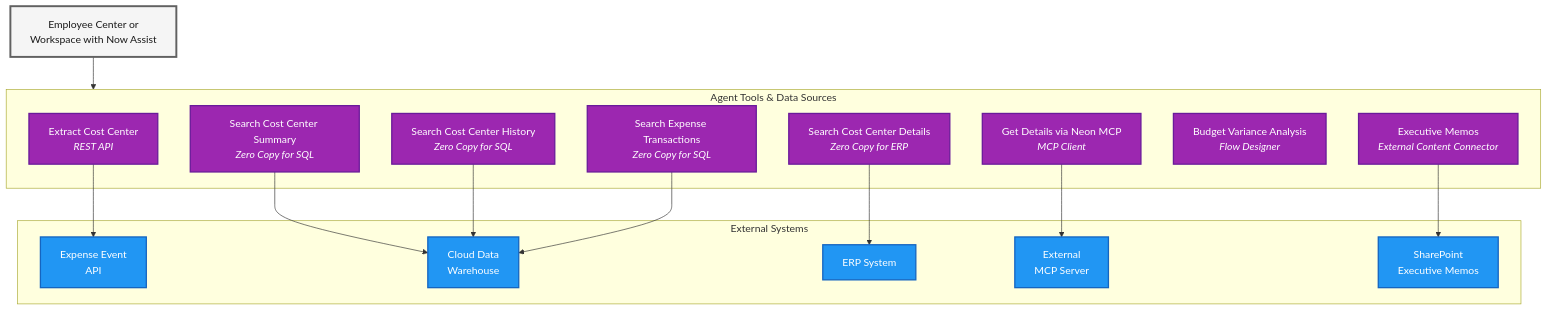
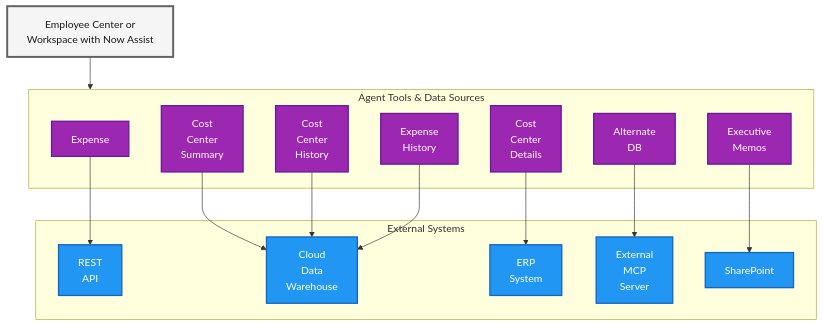
The diagram in README.md (leojacinto/WorkflowDataFabric-TypeB), drawn with Mermaid before and after one commit.

Commit message:
GITBOOK-47: No subject

````diff
--- a/README.md
+++ b/README.md
@@ -34,51 +34,49 @@
 ```mermaid
 graph TB
 
 
     EC[Employee Center or<br/>Workspace with Now Assist]
   
     subgraph TOOLS["Agent Tools & Data Sources"]
-        T1["Extract Cost Center<br/><i>REST API</i>"]
-        T2["Search Cost Center Details<br/><i>Zero Copy for ERP</i>"]
-        T3["Search Cost Center Summary<br/><i>Zero Copy for SQL</i>"]        
-        T4["Search Cost Center History<br/><i>Zero Copy for SQL</i>"]
-        T5["Search Expense Transactions<br/><i>Zero Copy for SQL</i>"]
-        T6["Get Details via Neon MCP<br/><i>MCP Client</i>"]
-        T7["Budget Variance Analysis<br/><i>Flow Designer</i>"]
-        T8["Executive Memos<br/><i>External Content Connector</i>"]
+        T1["Expense<br/>"]
+        T2["Cost<br/>Center<br/>Details"]
+        T3["Cost<br/>Center<br/>Summary"]        
+        T4["Cost<br/>Center<br/>History"]
+        T5["Expense<br/>History"]
+        T6["Alternate<br/>DB"]
+        T7["Executive<br/>Memos"]
     end
 
     subgraph EXT["External Systems"]
-        API["Expense Event<br/>API"]
-        CDW["Cloud Data<br/>Warehouse"]
-        ERP["ERP System"]
-        MCP_EXT["External<br/>MCP Server"]
-        SharePoint[SharePoint<br/>Executive Memos]
+        API["REST<br/>API"]
+        CDW["Cloud<br/>Data<br/>Warehouse"]
+        ERP["ERP<br>System"]
+        MCP_EXT["External<br/>MCP<br/>Server"]
+        SharePoint["SharePoint"]
     end
-
    
     EC --> TOOLS
     T1 --> API
     T2 --> ERP
     T3 --> CDW
     T4 --> CDW
     T5 --> CDW
     T6 --> MCP_EXT
-    T8 --> SharePoint
+    T7 --> SharePoint
     
   
 
     %% Styling
     classDef external fill:#2196F3,stroke:#1565C0,stroke-width:2px,color:#fff
     classDef user fill:#F5F5F5,stroke:#616161,stroke-width:3px,color:#1a1a1a
     classDef nowassist fill:#FFB300,stroke:#F57F17,stroke-width:2px,color:#1a1a1a
     classDef platform fill:#4CAF50,stroke:#2E7D32,stroke-width:2px,color:#fff
     classDef wdf fill:#9C27B0,stroke:#6A1B9A,stroke-width:2px,color:#fff
     classDef user fill:#F5F5F5,stroke:#616161,stroke-width:3px,color:#1a1a1a
 
     class API,CDW,ERP,MCP_EXT,SharePoint external
     class Agent,RAG nowassist
     class T1,T2,T3,T4,T5,T6,T7,T8 wdf
     class FC platform
     class EC user
 ```
````
